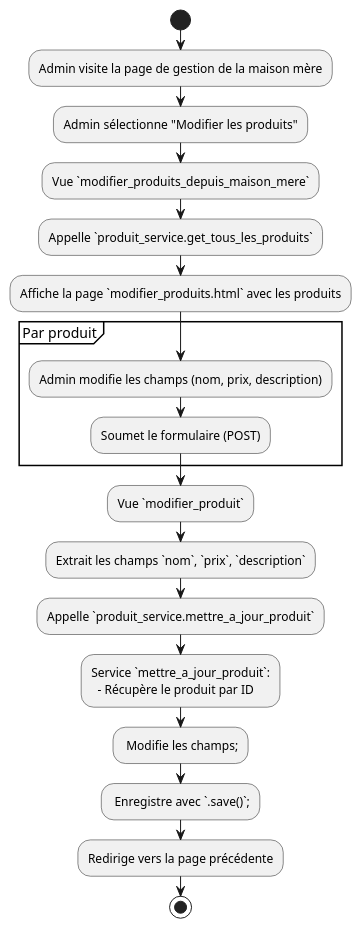
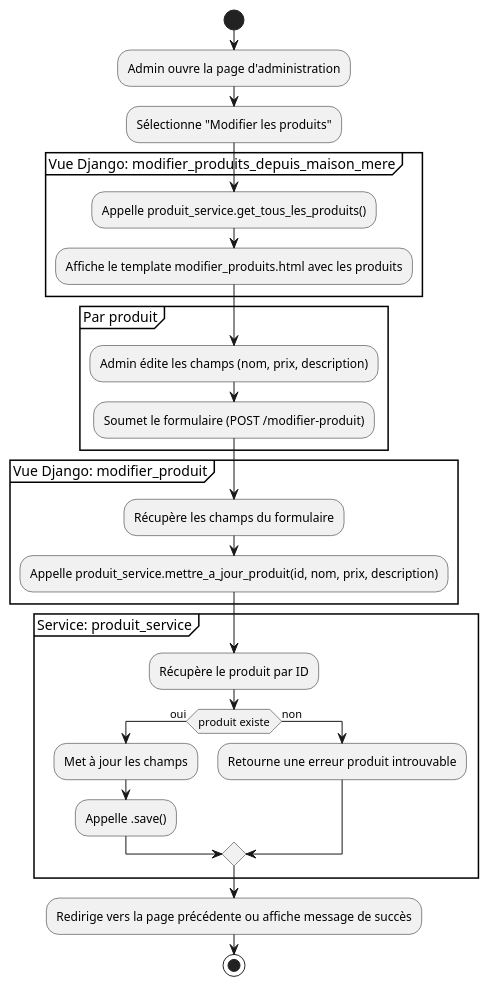
The diagram in docs/UML/DiagrammeActiviteVueProcessus.puml (CedricBosseETS/Lab0_CedricBosse), drawn with PlantUML before and after one commit. The commit also changed 7 other files, not shown here.

```diff
--- a/docs/UML/DiagrammeActiviteVueProcessus.puml
+++ b/docs/UML/DiagrammeActiviteVueProcessus.puml
@@ -1,28 +1,35 @@
 @startuml
 start
 
-:Admin visite la page de gestion de la maison mère;
-:Admin sélectionne "Modifier les produits";
+:Admin ouvre la page d'administration;
+:Sélectionne "Modifier les produits";
 
-:Vue `modifier_produits_depuis_maison_mere`;
-:Appelle `produit_service.get_tous_les_produits`;
-:Affiche la page `modifier_produits.html` avec les produits;
+partition "Vue Django: modifier_produits_depuis_maison_mere" {
+    :Appelle produit_service.get_tous_les_produits();
+    :Affiche le template modifier_produits.html avec les produits;
+}
 
 partition "Par produit" {
-    :Admin modifie les champs (nom, prix, description);
-    :Soumet le formulaire (POST);
+    :Admin édite les champs (nom, prix, description);
+    :Soumet le formulaire (POST /modifier-produit);
 }
 
-:Vue `modifier_produit`;
-:Extrait les champs `nom`, `prix`, `description`;
-:Appelle `produit_service.mettre_a_jour_produit`;
+partition "Vue Django: modifier_produit" {
+    :Récupère les champs du formulaire;
+    :Appelle produit_service.mettre_a_jour_produit(id, nom, prix, description);
+}
 
-:Service `mettre_a_jour_produit`:
-  - Récupère le produit par ID;
-  - Modifie les champs;
-  - Enregistre avec `.save()`;
+partition "Service: produit_service" {
+    :Récupère le produit par ID;
+    if (produit existe) then (oui)
+        :Met à jour les champs;
+        :Appelle .save();
+    else (non)
+        :Retourne une erreur produit introuvable;
+    endif
+}
 
-:Redirige vers la page précédente;
+:Redirige vers la page précédente ou affiche message de succès;
 
 stop
 @enduml
```
